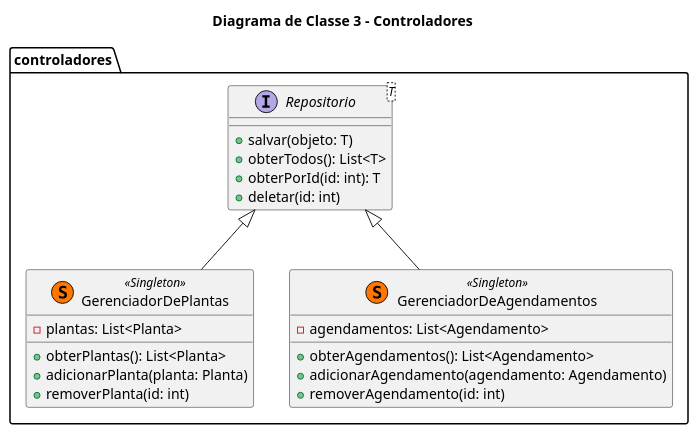
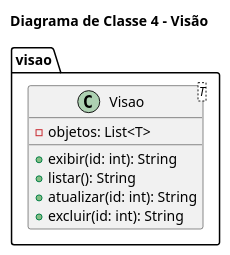
The diagram in docs/diagramas/src/diagramas_classe/diagrama_classe_4.plantuml (tiagors09/CareGardenProject), drawn with PlantUML before and after one commit. The commit also changed 2 other files, not shown here.

```diff
--- a/docs/diagramas/src/diagramas_classe/diagrama_classe_4.plantuml
+++ b/docs/diagramas/src/diagramas_classe/diagrama_classe_4.plantuml
@@ -1,29 +1,13 @@
-@startuml Diagrama_Classe_3
-title Diagrama de Classe 3 - Controladores
+@startuml Diagrama_Classe_4
+title Diagrama de Classe 4 - Visão
 
-package controladores {
-  interface Repositorio<T> {
-    +salvar(objeto: T)
-    +obterTodos(): List<T>
-    +obterPorId(id: int): T
-    +deletar(id: int)
+package visao {
+  class Visao<T> {
+    -objetos: List<T>
+    +exibir(id: int): String
+    +listar(): String
+    +atualizar(id: int): String
+    +excluir(id: int): String
   }
-
-  class GerenciadorDePlantas << (S,#FF7700) Singleton >> {
-    -plantas: List<Planta>
-    +obterPlantas(): List<Planta>
-    +adicionarPlanta(planta: Planta)
-    +removerPlanta(id: int)
-  }
-
-  class GerenciadorDeAgendamentos << (S,#FF7700) Singleton >> {
-    -agendamentos: List<Agendamento>
-    +obterAgendamentos(): List<Agendamento>
-    +adicionarAgendamento(agendamento: Agendamento)
-    +removerAgendamento(id: int)
-  }
-
-  Repositorio <|-- GerenciadorDePlantas
-  Repositorio <|-- GerenciadorDeAgendamentos
 }
 @enduml
```
